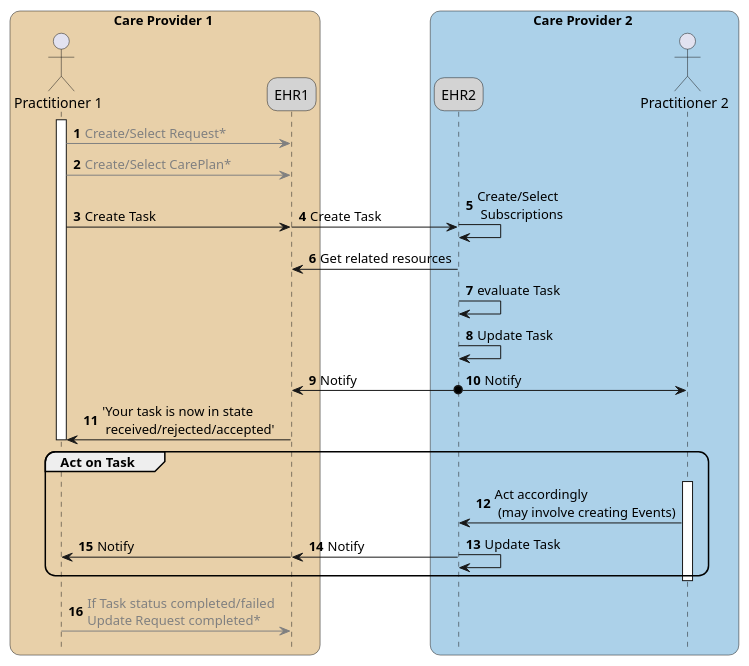
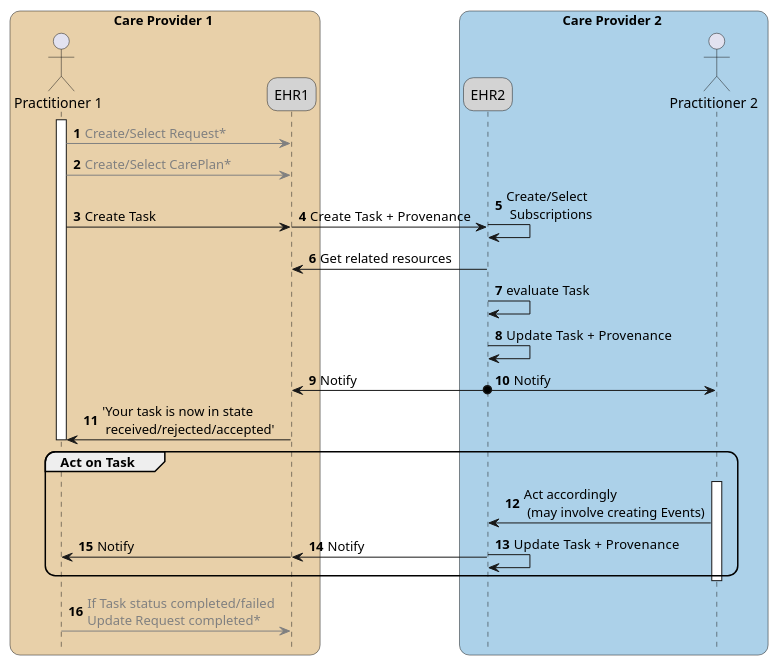
Before and after one commit to SanteonNL/shared-care-planning: the diagram in input/images-source/workflow-base-g.plantuml, drawn with PlantUML. The commit also changed 3 other files, not shown here.

```diff
--- a/input/images-source/workflow-base-g.plantuml
+++ b/input/images-source/workflow-base-g.plantuml
@@ -1,72 +1,72 @@
 @startuml workflow-base-g
 
 skinparam roundcorner 20
 skinparam defaultFontName Arial 
 
 
 !pragma teoz true
 
 box Care Provider 1 #e8d0a9
     actor "Practitioner 1" as P1
     participant "EHR1" as C1 #LightGray
 end box
 box Care Provider 2 #acd1e9
      participant "EHR2" as C2 #LightGray
     actor "Practitioner 2" as P2
 end box
 
 hide footbox
 
 activate P1
 autonumber
 P1 -[#Gray]> C1 : <color #Gray>Create/Select Request*
 P1 -[#Gray]> C1 : <color #Gray>Create/Select CarePlan*
 ' & C1 -> C1 : Find/select CarePlan
 
 P1 -> C1 : Create Task
-& C1 -> C2 : Create Task
+& C1 -> C2 : Create Task  + Provenance
 ' \nand CarePlan (if any)
 & C2 -> C2  : Create/Select\n Subscriptions
 ' \nand CareTeam, CarePlan 
 ' C1 o-> C1 : Notify CareTeam update,\n CarePlan update
 
 C2 -> C1  : Get related resources
 
 
 ' autonumber 10 "<font color=Gray>0"
 '  E2 -[#Gray]> E2 : <color #Gray>evaluate Task\n <color #Gray>(required data,\n <color #Gray>capacity, etc)
 ' &E2 -[#Gray]> C2 : <color #Gray>Need more information
 ' & C2 -[#Gray]> C1  : <color #Gray>Create (sub-)Task2: do\n <color #Gray> Questionnaire 'required data'
 ' & C1 -[#Gray]> C1 : <color #Gray>Notify Task2 created
 ' & C1 -[#Gray]> P1 : <color #Gray>Present Questionnaire\n<color #Gray>(prefill data from EHR)
 
 ' P1 -[#Gray]> C1 : <color #Gray>Complete\n <color #Gray>QuestionnaireResponse
 ' & C1 -[#Gray]> C1 : <color #Gray>Update Task2: Add\n <color #Gray>QuestionnaireResponse
 ' & C1 -[#Gray]> C2 : <color #Gray>Notify Task2 update
 ' & C2 -[#Gray]> E2 : <color #Gray>Notify Task2 update
 
 C2 -> C2 : evaluate Task
 
 ' C2 o-> P2 : Update Task
-C2 -> C2 : Update Task
+C2 -> C2 : Update Task  + Provenance
 C2 -> C1  : Notify
 &C2 o-> P2 : Notify
 ' C1 -> C1  : Update CareTeam, CarePlan
 
 ' \n CareTeam updated\n CarePlan updated
 ' & C1 o-> C2 :Notify CareTeam updated\n CarePlan updated
 C1 -> P1 : 'Your task is now in state \n received/rejected/accepted'
 
 deactivate P1
 group Act on Task
     activate P2
     P2 -> C2 : Act accordingly\n (may involve creating Events) 
-    C2 -> C2 : Update Task
+    C2 -> C2 : Update Task  + Provenance
     &C2 -> C1 : Notify
     &C1 -> P1 : Notify
     deactivate P2
 end 
 P1 -[#Gray]> C1 : <color #Gray>If Task status completed/failed\n<color #Gray>Update Request completed*
 
 
 @enduml
```
